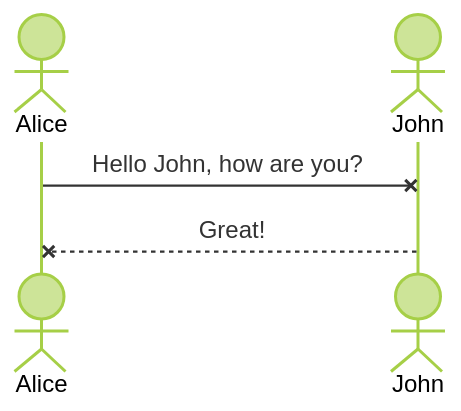
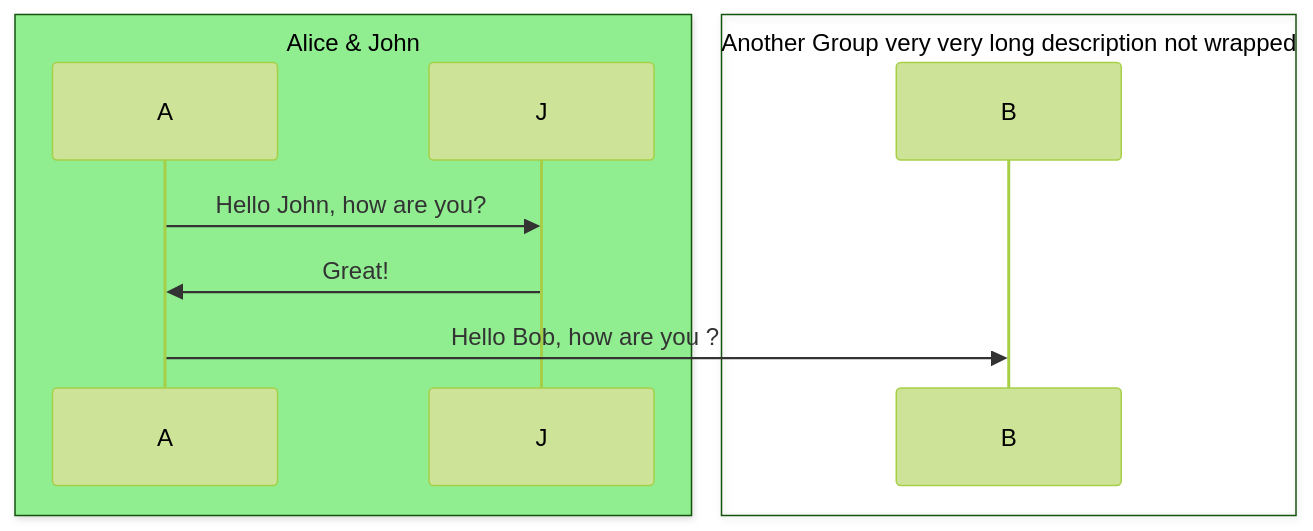
Before and after one commit to kinyoklion/carcimaid: the diagram in corpus/sequence/mermaid/demo-sequence_005.mmd, drawn with Mermaid (forest theme). The commit also changed 70 other files, not shown here.

```diff
--- a/corpus/sequence/mermaid/demo-sequence_005.mmd
+++ b/corpus/sequence/mermaid/demo-sequence_005.mmd
@@ -1,5 +1,11 @@
 sequenceDiagram
-  actor Alice
-  actor John
-  Alice-xJohn: Hello John, how are you?
-  John--xAlice: Great!
+box lightgreen Alice & John
+participant A
+participant J
+end
+box Another Group very very long description not wrapped
+participant B
+end
+A->>J: Hello John, how are you?
+J->>A: Great!
+A->>B: Hello Bob, how are you ?
```
